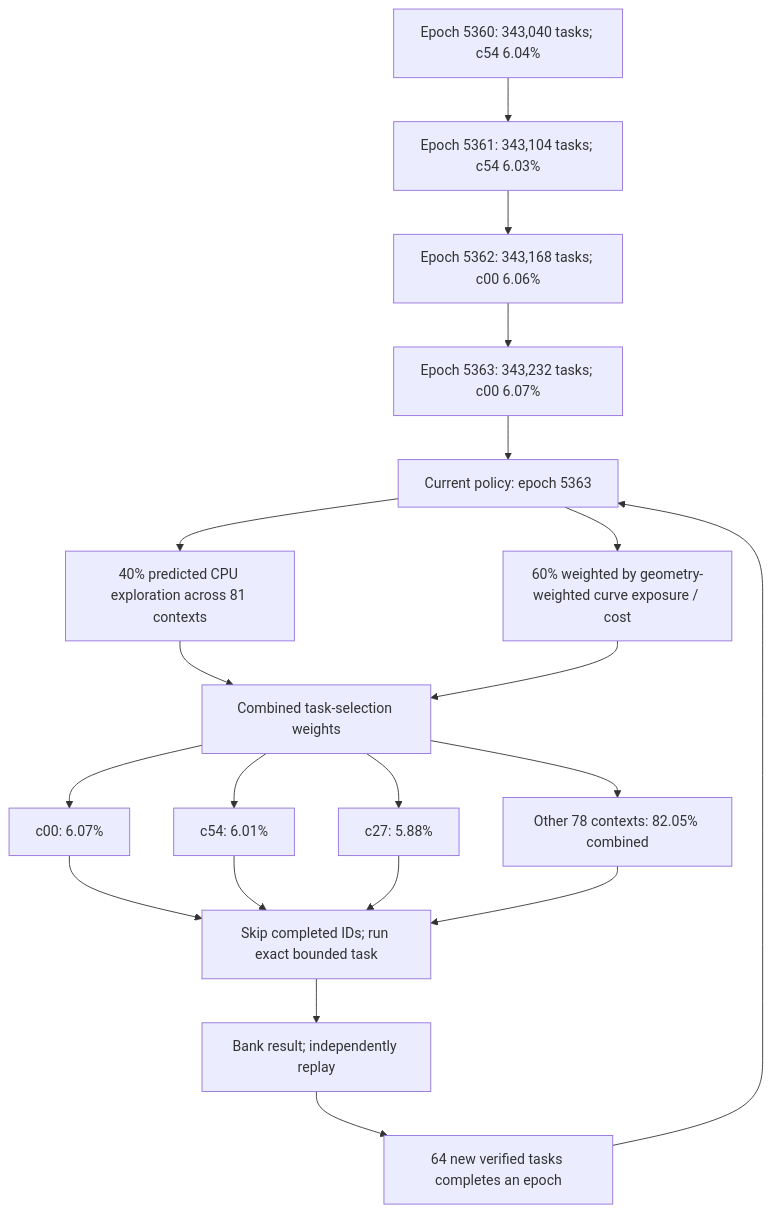
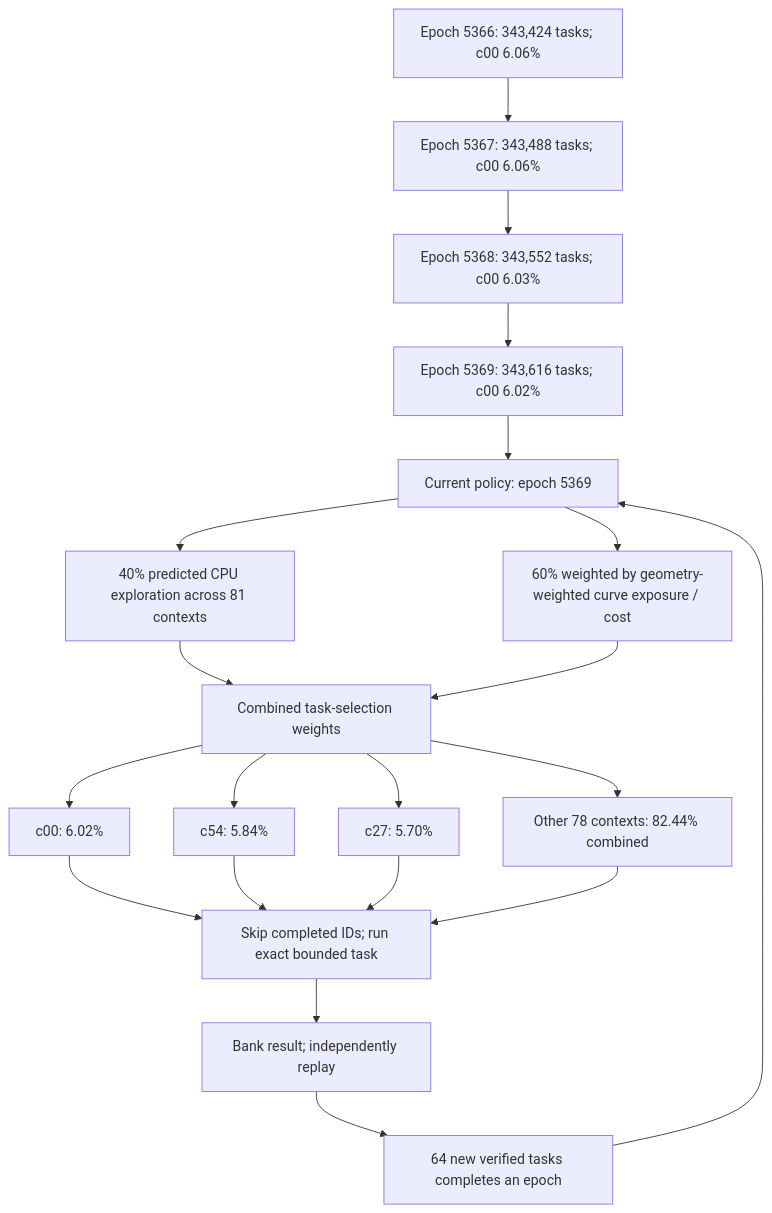
The first of 3 diagrams in README.md (Kuberwastaken/math-gambling), drawn with Mermaid before and after one commit. The commit also changed other lines of this file and 1357 other files, not shown here.

````diff
--- a/README.md
+++ b/README.md
@@ -60,27 +60,27 @@
 ```mermaid
 flowchart TD
-    H0["Epoch 5360: 343,040 tasks; c54 6.04%"]
-    H1["Epoch 5361: 343,104 tasks; c54 6.03%"]
+    H0["Epoch 5366: 343,424 tasks; c00 6.06%"]
+    H1["Epoch 5367: 343,488 tasks; c00 6.06%"]
     H0 --> H1
-    H2["Epoch 5362: 343,168 tasks; c00 6.06%"]
+    H2["Epoch 5368: 343,552 tasks; c00 6.03%"]
     H1 --> H2
-    H3["Epoch 5363: 343,232 tasks; c00 6.07%"]
+    H3["Epoch 5369: 343,616 tasks; c00 6.02%"]
     H2 --> H3
-    Policy["Current policy: epoch 5363"]
+    Policy["Current policy: epoch 5369"]
     H3 --> Policy
     Policy --> Explore["40% predicted CPU exploration across 81 contexts"]
     Policy --> Cost["60% weighted by geometry-weighted curve exposure / cost"]
     Explore --> Mix["Combined task-selection weights"]
     Cost --> Mix
-    Mix --> C0["c00: 6.07%"]
-    Mix --> C1["c54: 6.01%"]
-    Mix --> C2["c27: 5.88%"]
-    Mix --> Rest["Other 78 contexts: 82.05% combined"]
+    Mix --> C0["c00: 6.02%"]
+    Mix --> C1["c54: 5.84%"]
+    Mix --> C2["c27: 5.70%"]
+    Mix --> Rest["Other 78 contexts: 82.44% combined"]
     C0 --> Check["Skip completed IDs; run exact bounded task"]
     C1 --> Check
     C2 --> Check
     Rest --> Check
     Check --> Replay["Bank result; independently replay"]
     Replay --> Gate["64 new verified tasks completes an epoch"]
     Gate --> Policy
 ```
````
